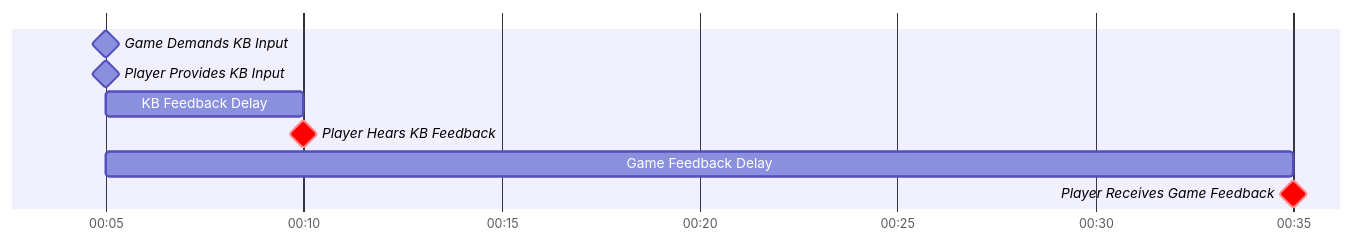
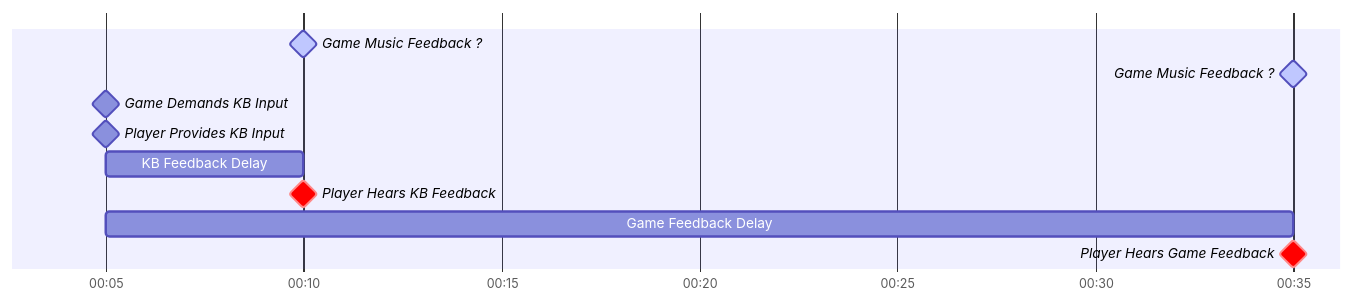
One commit to Eve-ning/Eve-ning.github.io changed the first of 14 diagrams in _posts/2024-10-04-hitsounds.md. Above: the diagram before and after it, drawn with Mermaid. The commit also changed other lines of this file, not shown here.

````diff
--- a/_posts/2024-10-04-hitsounds.md
+++ b/_posts/2024-10-04-hitsounds.md
@@ -36,11 +55,13 @@
 ```mermaid
 gantt
   dateFormat mm:ss
   axisFormat %M:%S
+  Game Music Feedback ?: active, milestone, 00:10,
+  Game Music Feedback ?: active, milestone, 00:35,
   Game Demands KB Input: milestone, 00:05,
   Player Provides KB Input: milestone, 00:05,
   KB Feedback Delay: 00:05, 00:10
   Player Hears KB Feedback: crit, milestone, 00:10,
   Game Feedback Delay: 00:05, 00:35
-  Player Receives Game Feedback: crit, milestone, 00:35,
+  Player Hears Game Feedback: crit, milestone, 00:35,
 ```
````
